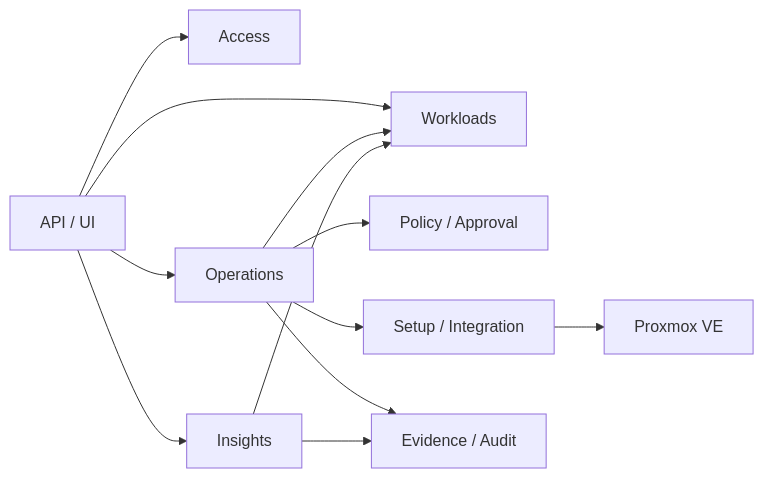
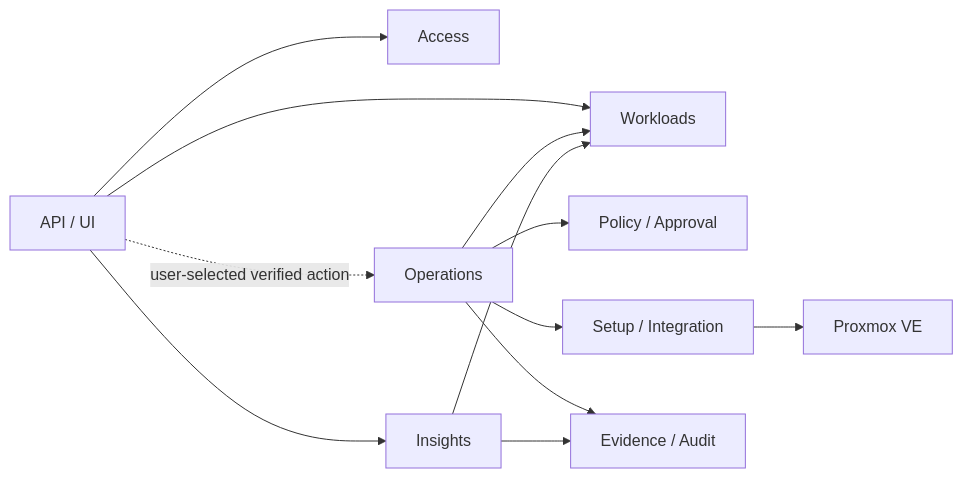
Before and after one commit to CodingPenguin-yoon/Gjallar: the diagram in project-docs/domains/domain-map.md, drawn with Mermaid. The commit also changed other lines of this file and 70 other files, not shown here.

````diff
--- a/project-docs/domains/domain-map.md
+++ b/project-docs/domains/domain-map.md
@@ -23,14 +23,14 @@
 ```mermaid
 flowchart LR
     UI["API / UI"] --> Access
     UI --> Workloads
-    UI --> Operations
     UI --> Insights
+    UI -. "user-selected verified action" .-> Operations
     Operations --> Workloads
     Operations --> Policy["Policy / Approval"]
     Operations --> Integration["Setup / Integration"]
     Operations --> Evidence["Evidence / Audit"]
     Insights --> Workloads
     Insights --> Evidence
     Integration --> PVE["Proxmox VE"]
 ```
````
